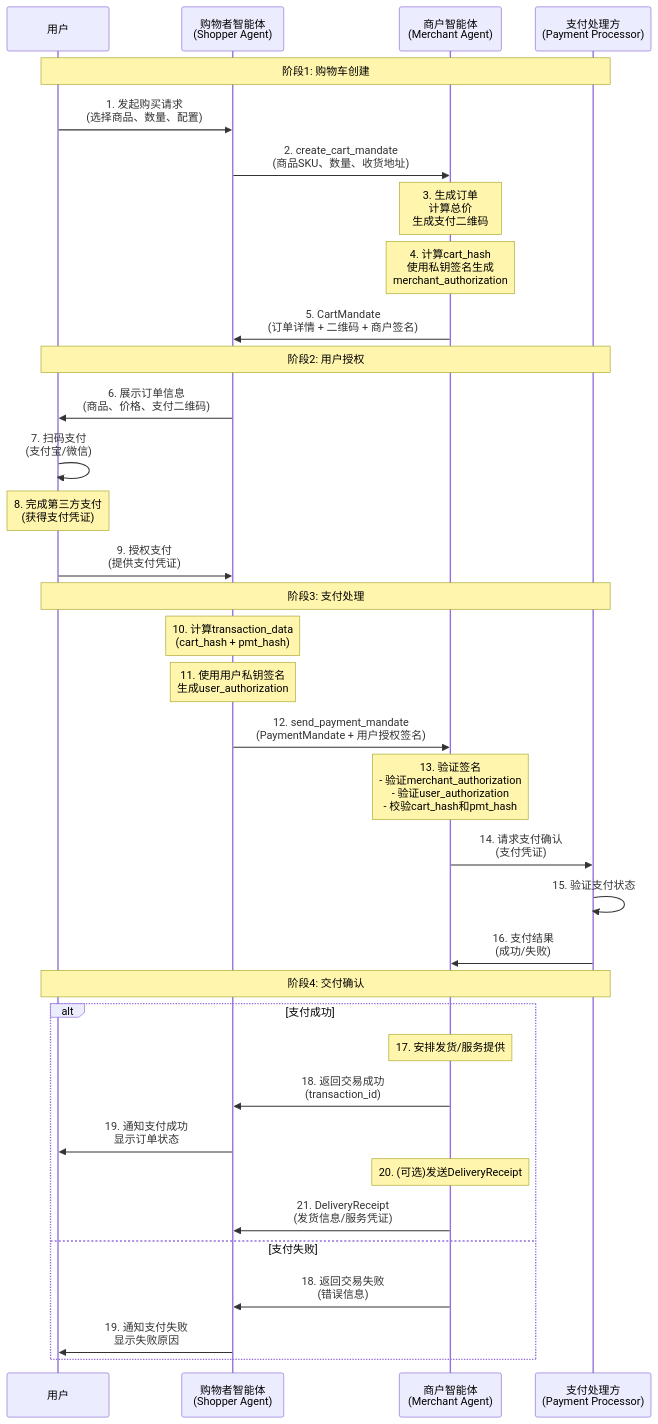
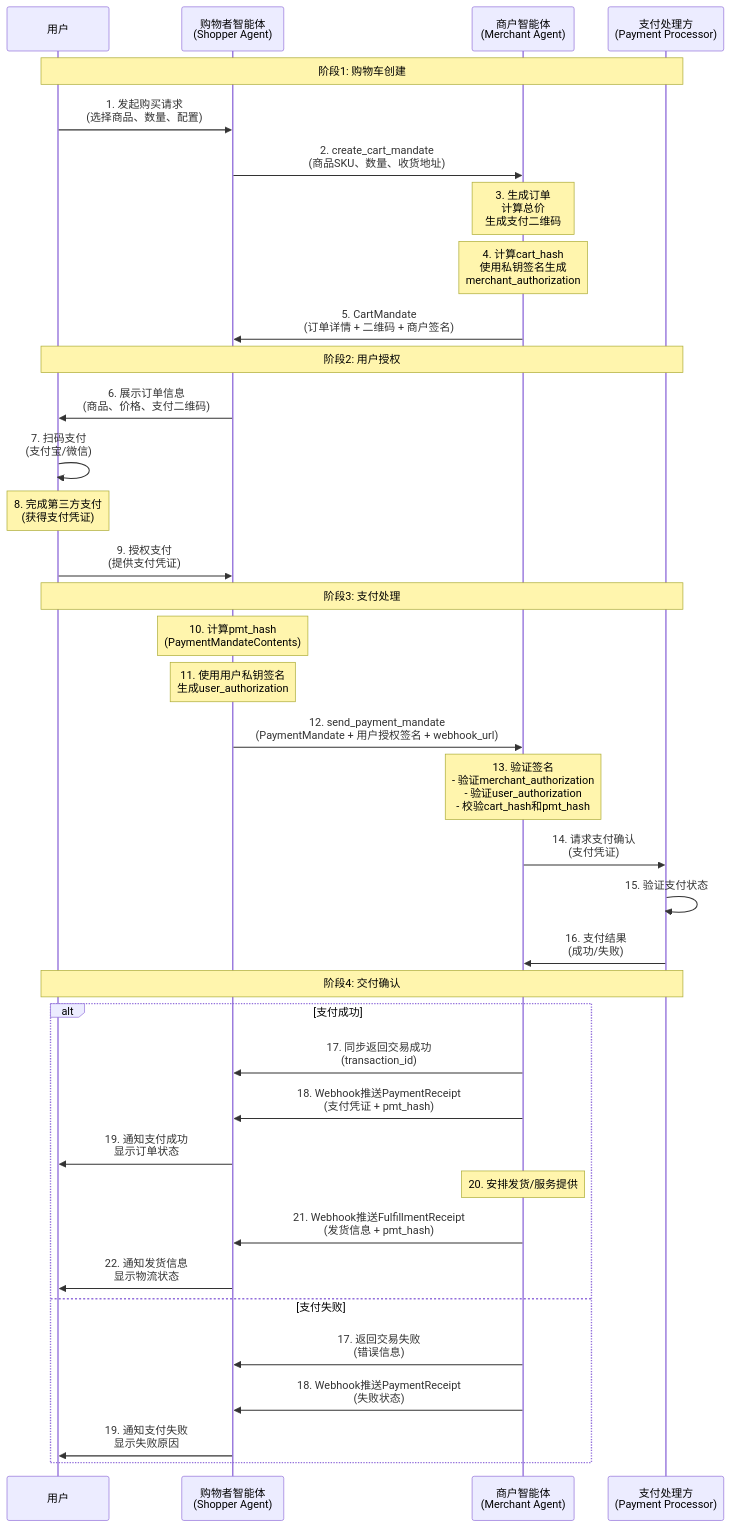
One commit to regionalniya2396-coder/AgentNetworkProtocol changed the diagram in chinese/application/10-ANP-智能体支付协议规范.md. Above: the diagram before and after it, drawn with Mermaid. The commit also changed other lines of this file, not shown here.

Commit message:
add agent payment document

````diff
--- a/chinese/application/10-ANP-智能体支付协议规范.md
+++ b/chinese/application/10-ANP-智能体支付协议规范.md
@@ -137,42 +159,44 @@
 ```mermaid
 sequenceDiagram
     participant User as 用户
     participant SA as 购物者智能体<br/>(Shopper Agent)
     participant MA as 商户智能体<br/>(Merchant Agent)
     participant PP as 支付处理方<br/>(Payment Processor)
 
     Note over User,PP: 阶段1: 购物车创建
     User->>SA: 1. 发起购买请求<br/>(选择商品、数量、配置)
     SA->>MA: 2. create_cart_mandate<br/>(商品SKU、数量、收货地址)
     Note over MA: 3. 生成订单<br/>计算总价<br/>生成支付二维码
     Note over MA: 4. 计算cart_hash<br/>使用私钥签名生成<br/>merchant_authorization
     MA->>SA: 5. CartMandate<br/>(订单详情 + 二维码 + 商户签名)
 
     Note over User,PP: 阶段2: 用户授权
     SA->>User: 6. 展示订单信息<br/>(商品、价格、支付二维码)
     User->>User: 7. 扫码支付<br/>(支付宝/微信)
     Note over User: 8. 完成第三方支付<br/>(获得支付凭证)
     User->>SA: 9. 授权支付<br/>(提供支付凭证)
 
     Note over User,PP: 阶段3: 支付处理
-    Note over SA: 10. 计算transaction_data<br/>(cart_hash + pmt_hash)
+    Note over SA: 10. 计算pmt_hash<br/>(PaymentMandateContents)
     Note over SA: 11. 使用用户私钥签名<br/>生成user_authorization
-    SA->>MA: 12. send_payment_mandate<br/>(PaymentMandate + 用户授权签名)
+    SA->>MA: 12. send_payment_mandate<br/>(PaymentMandate + 用户授权签名 + webhook_url)
 
     Note over MA: 13. 验证签名<br/>- 验证merchant_authorization<br/>- 验证user_authorization<br/>- 校验cart_hash和pmt_hash
     MA->>PP: 14. 请求支付确认<br/>(支付凭证)
     PP->>PP: 15. 验证支付状态
     PP->>MA: 16. 支付结果<br/>(成功/失败)
 
     Note over User,PP: 阶段4: 交付确认
     alt 支付成功
-        Note over MA: 17. 安排发货/服务提供
-        MA->>SA: 18. 返回交易成功<br/>(transaction_id)
+        MA->>SA: 17. 同步返回交易成功<br/>(transaction_id)
+        MA->>SA: 18. Webhook推送PaymentReceipt<br/>(支付凭证 + pmt_hash)
         SA->>User: 19. 通知支付成功<br/>显示订单状态
-        Note over MA: 20. (可选)发送DeliveryReceipt
-        MA->>SA: 21. DeliveryReceipt<br/>(发货信息/服务凭证)
+        Note over MA: 20. 安排发货/服务提供
+        MA->>SA: 21. Webhook推送FulfillmentReceipt<br/>(发货信息 + pmt_hash)
+        SA->>User: 22. 通知发货信息<br/>显示物流状态
     else 支付失败
-        MA->>SA: 18. 返回交易失败<br/>(错误信息)
+        MA->>SA: 17. 返回交易失败<br/>(错误信息)
+        MA->>SA: 18. Webhook推送PaymentReceipt<br/>(失败状态)
         SA->>User: 19. 通知支付失败<br/>显示失败原因
     end
 ```
````
